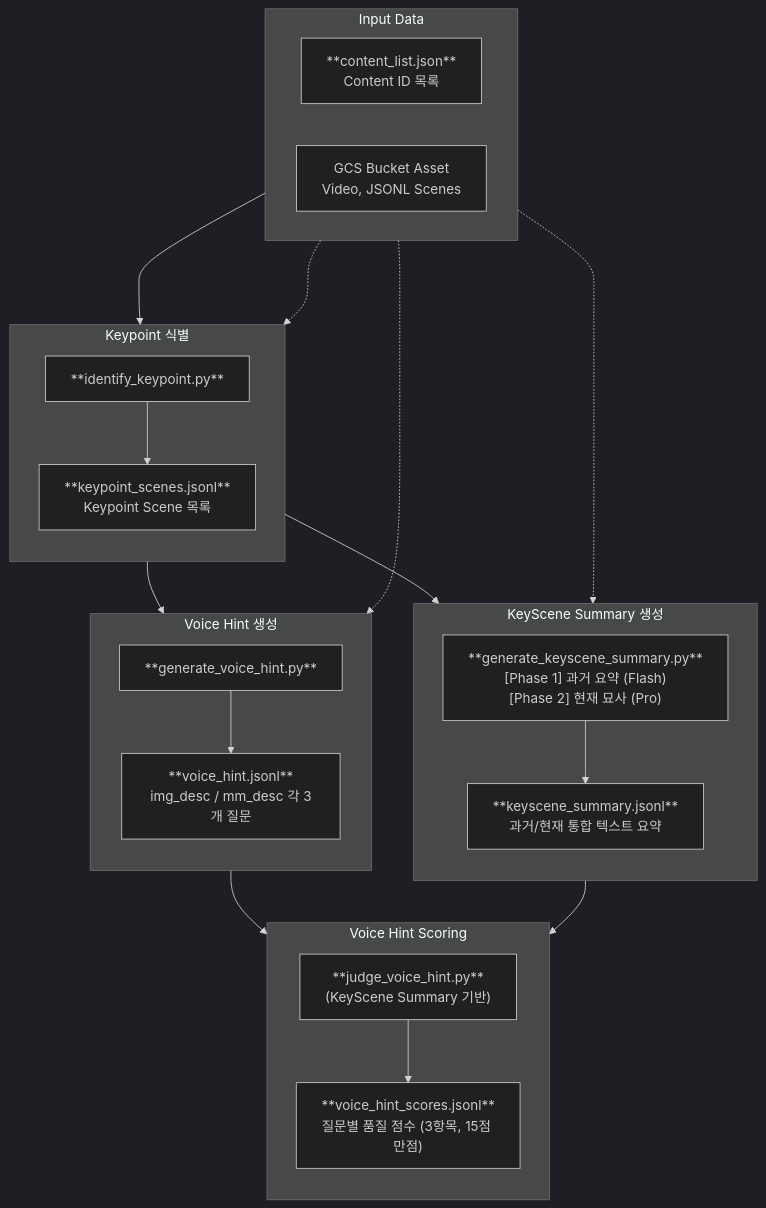
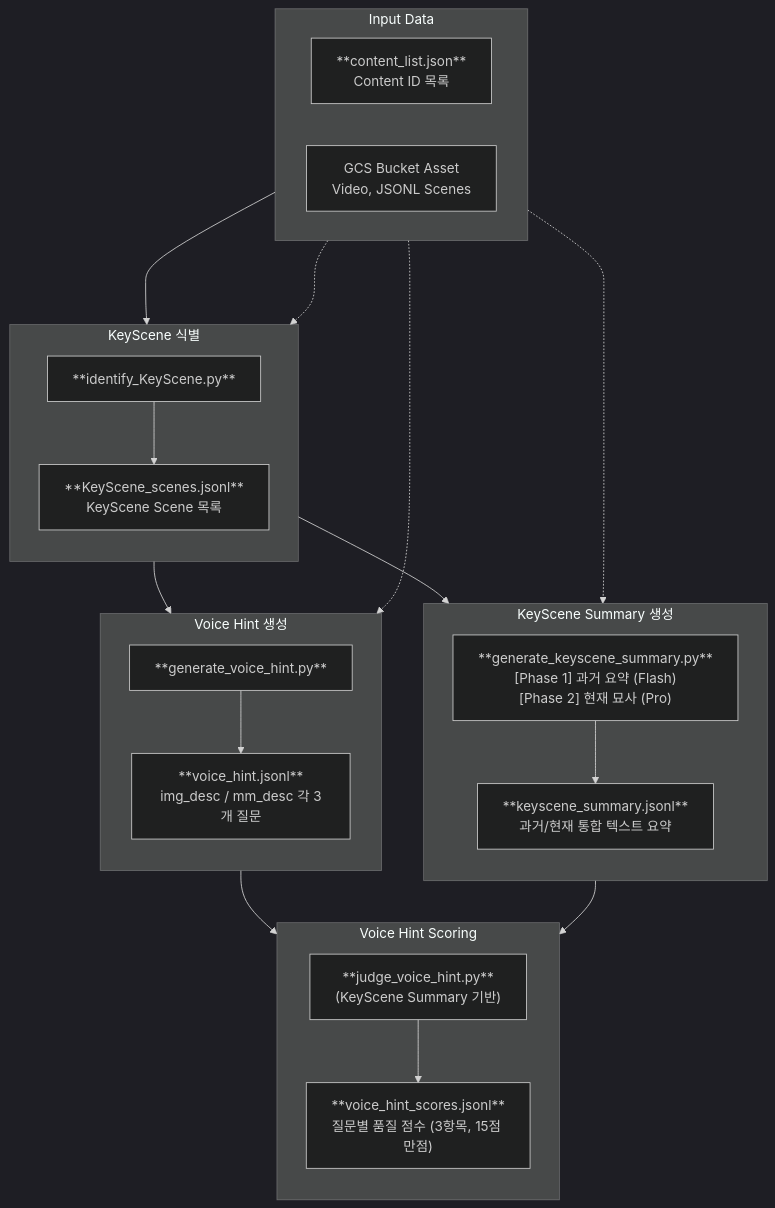
The first of 2 diagrams in README.md (obeychoi0120/LLMJudge), drawn with Mermaid (dark theme) before and after one commit. The commit also changed other lines of this file and 4 other files, not shown here.

````diff
--- a/README.md
+++ b/README.md
@@ -18,48 +18,48 @@
 ```mermaid
 flowchart TD
     subgraph INPUT["Input Data"]
         direction LR
         CL["**content_list.json**<br/>Content ID 목록"]
         GCS["GCS Bucket Asset<br/>Video, JSONL Scenes"]
     end
 
-    subgraph STEP1["Keypoint 식별"]
+    subgraph STEP1["KeyScene 식별"]
         direction TB
-        KP_SCRIPT["**identify_keypoint.py**"]
-        KP_OUT["**keypoint_scenes.jsonl**<br/>Keypoint Scene 목록"]
+        KP_SCRIPT["**identify_KeyScene.py**"]
+        KP_OUT["**KeyScene_scenes.jsonl**<br/>KeyScene Scene 목록"]
     end
 
     subgraph STEP2["KeyScene Summary 생성"]
         direction TB
         KS_SCRIPT["**generate_keyscene_summary.py**<br/>[Phase 1] 과거 요약 (Flash)<br/>[Phase 2] 현재 묘사 (Pro)"]
         KS_OUT["**keyscene_summary.jsonl**<br/>과거/현재 통합 텍스트 요약"]
     end
 
     subgraph STEP3["Voice Hint 생성"]
         direction TB
         VH_SCRIPT["**generate_voice_hint.py**"]
         VH_OUT["**voice_hint.jsonl**<br/>img_desc / mm_desc 각 3개 질문"]
     end
 
     subgraph STEP4["Voice Hint Scoring"]
         direction TB
         QJ_SCRIPT["**judge_voice_hint.py**<br/>(KeyScene Summary 기반)"]
         QJ_SCORES["**voice_hint_scores.jsonl**<br/>질문별 품질 점수 (3항목, 15점 만점)"]
     end
 
     CL --> KP_SCRIPT
     GCS -..-> KP_SCRIPT
     KP_SCRIPT --> KP_OUT
 
     KP_OUT --> KS_SCRIPT
     GCS -..-> KS_SCRIPT
     KS_SCRIPT --> KS_OUT
 
     KP_OUT --> VH_SCRIPT
     GCS -..-> VH_SCRIPT
     VH_SCRIPT --> VH_OUT
 
     VH_OUT --> QJ_SCRIPT
     KS_OUT --> QJ_SCRIPT
     QJ_SCRIPT --> QJ_SCORES
 ```
````
